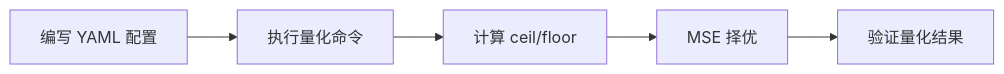
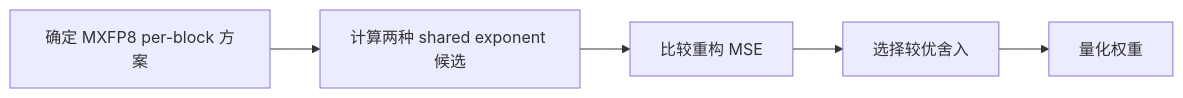
The diagram in msmodelslim/docs/zh/knowledge_base/quantization_algorithms/mse_round/usage_mse_round.md (mindstudio-docs/master), drawn with Mermaid before and after one commit. The commit also changed other lines of this file and 73 other files, not shown here.

````diff
--- a/msmodelslim/docs/zh/knowledge_base/quantization_algorithms/mse_round/usage_mse_round.md
+++ b/msmodelslim/docs/zh/knowledge_base/quantization_algorithms/mse_round/usage_mse_round.md
@@ -40,7 +24,7 @@
 ```mermaid
 flowchart LR
-    A[编写 YAML 配置] --> B[执行量化命令]
-    B --> C[计算 ceil/floor]
-    C --> D[MSE 择优]
-    D --> E[验证量化结果]
+    A[确定 MXFP8 per-block 方案] --> B[计算两种 shared exponent 候选]
+    B[计算两种 shared exponent 候选] --> C[比较重构 MSE]
+    C[比较重构 MSE] --> D[选择较优舍入]
+    D[选择较优舍入] --> E[量化权重]
 ```
````
